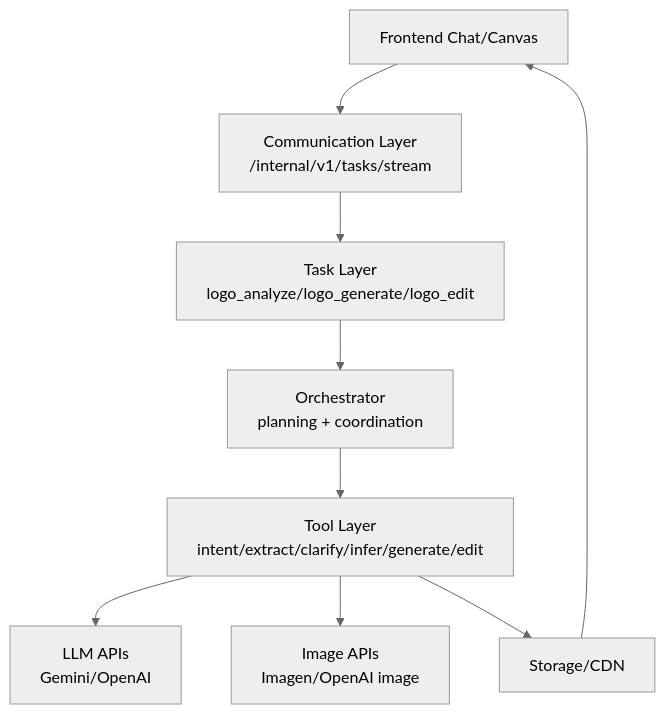
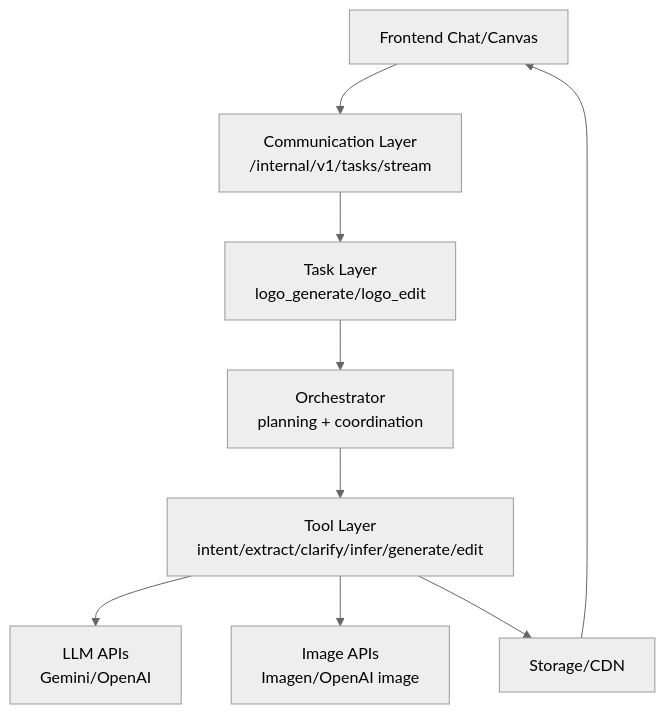
One commit to Ne4nf/Agent-Memory changed the second of 3 diagrams in architecture.md. Above: the diagram before and after it, drawn with Mermaid (neutral theme). The commit also changed other lines of this file, not shown here.

````diff
--- a/architecture.md
+++ b/architecture.md
@@ -96,20 +96,20 @@
 ```mermaid
 graph TB
     FE["Frontend Chat/Canvas"]
     API["Communication Layer\n/internal/v1/tasks/stream"]
-    TASK["Task Layer\nlogo_analyze/logo_generate/logo_edit"]
+    TASK["Task Layer\nlogo_generate/logo_edit"]
     ORCH["Orchestrator\nplanning + coordination"]
     TOOLS["Tool Layer\nintent/extract/clarify/infer/generate/edit"]
     LLM["LLM APIs\nGemini/OpenAI"]
     IMG["Image APIs\nImagen/OpenAI image"]
     STO["Storage/CDN"]
 
     FE --> API
     API --> TASK
     TASK --> ORCH
     ORCH --> TOOLS
     TOOLS --> LLM
     TOOLS --> IMG
     TOOLS --> STO
     STO --> FE
 ```
````
